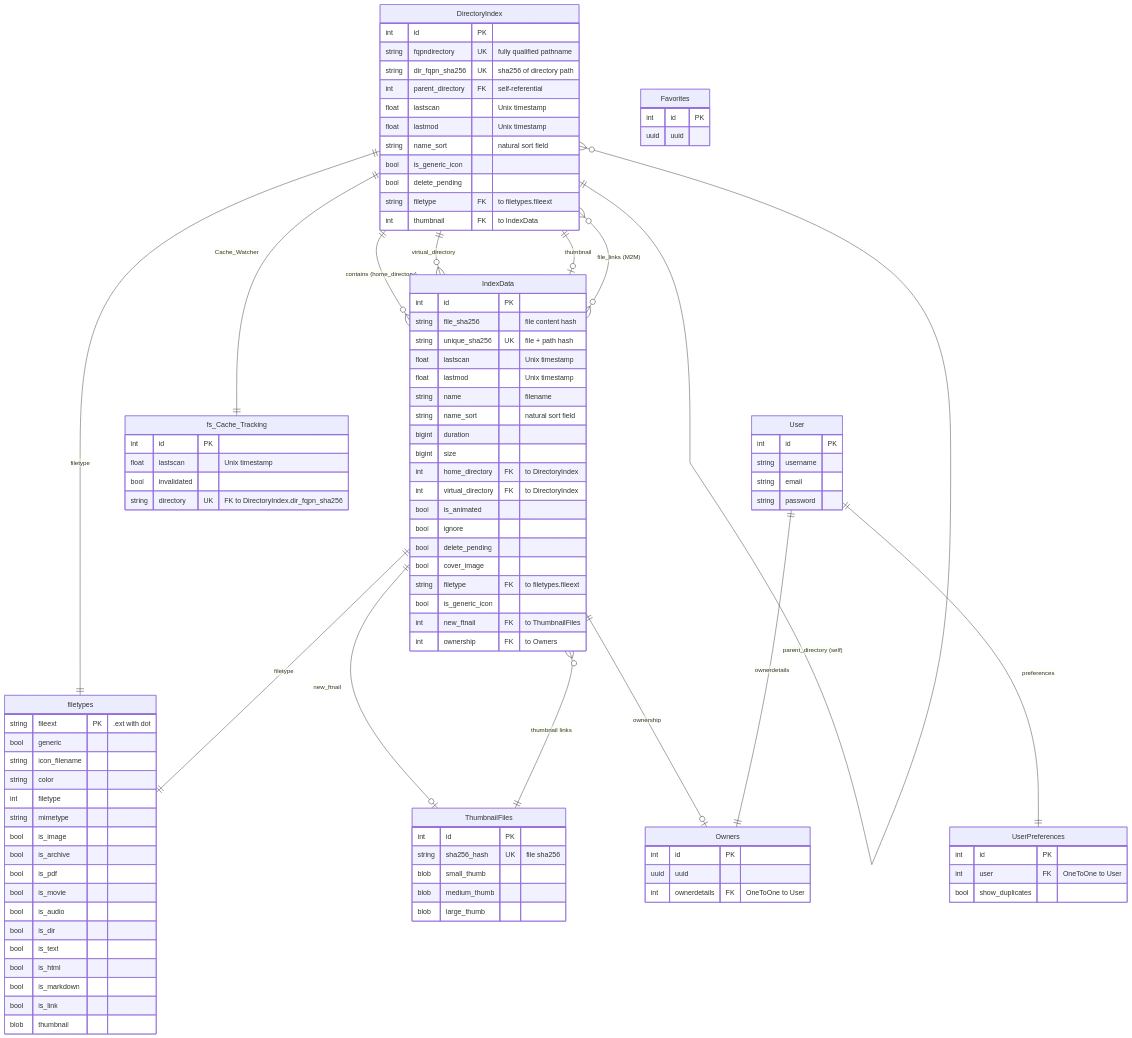
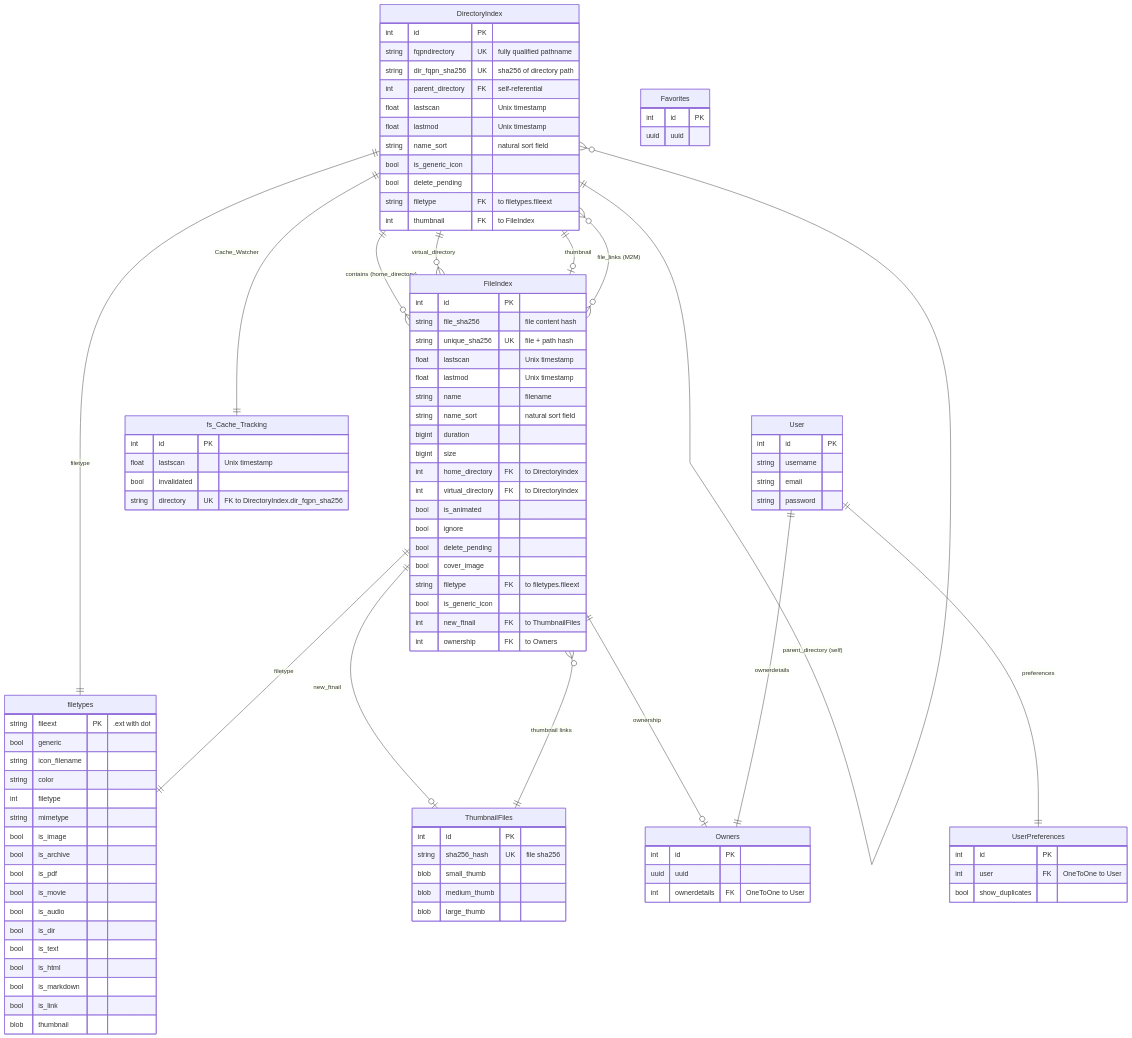
Before and after one commit to bschollnick/QuickBBS: the diagram in docs/DATABASE_ERD.md, drawn with Mermaid. The commit also changed other lines of this file and 21 other files, not shown here.

Commit message:
Finish rename of IndexData to FileIndex to clarify the usage.

````diff
--- a/docs/DATABASE_ERD.md
+++ b/docs/DATABASE_ERD.md
@@ -5,23 +5,23 @@
 ```mermaid
 erDiagram
     %% Core Gallery Models
-    DirectoryIndex ||--o{ IndexData : "contains (home_directory)"
-    DirectoryIndex ||--o{ IndexData : "virtual_directory"
-    DirectoryIndex ||--o| IndexData : "thumbnail"
-    DirectoryIndex }o--o{ IndexData : "file_links (M2M)"
+    DirectoryIndex ||--o{ FileIndex : "contains (home_directory)"
+    DirectoryIndex ||--o{ FileIndex : "virtual_directory"
+    DirectoryIndex ||--o| FileIndex : "thumbnail"
+    DirectoryIndex }o--o{ FileIndex : "file_links (M2M)"
     DirectoryIndex ||--o{ DirectoryIndex : "parent_directory (self)"
     DirectoryIndex ||--|| filetypes : "filetype"
 
     %% File Models
-    IndexData ||--|| filetypes : "filetype"
-    IndexData ||--o| ThumbnailFiles : "new_ftnail"
-    IndexData ||--o| Owners : "ownership"
+    FileIndex ||--|| filetypes : "filetype"
+    FileIndex ||--o| ThumbnailFiles : "new_ftnail"
+    FileIndex ||--o| Owners : "ownership"
 
     %% Cache Tracking
     DirectoryIndex ||--|| fs_Cache_Tracking : "Cache_Watcher"
 
     %% Thumbnail Storage
-    ThumbnailFiles ||--o{ IndexData : "thumbnail links"
+    ThumbnailFiles ||--o{ FileIndex : "thumbnail links"
 
     %% User & Preferences
     User ||--|| Owners : "ownerdetails"
@@ -45,11 +45,11 @@
         bool is_generic_icon
         bool delete_pending
         string filetype FK "to filetypes.fileext"
-        int thumbnail FK "to IndexData"
+        int thumbnail FK "to FileIndex"
     }
 
     %% Core File Model
-    IndexData {
+    FileIndex {
         int id PK
         string file_sha256 "file content hash"
         string unique_sha256 UK "file + path hash"
````
